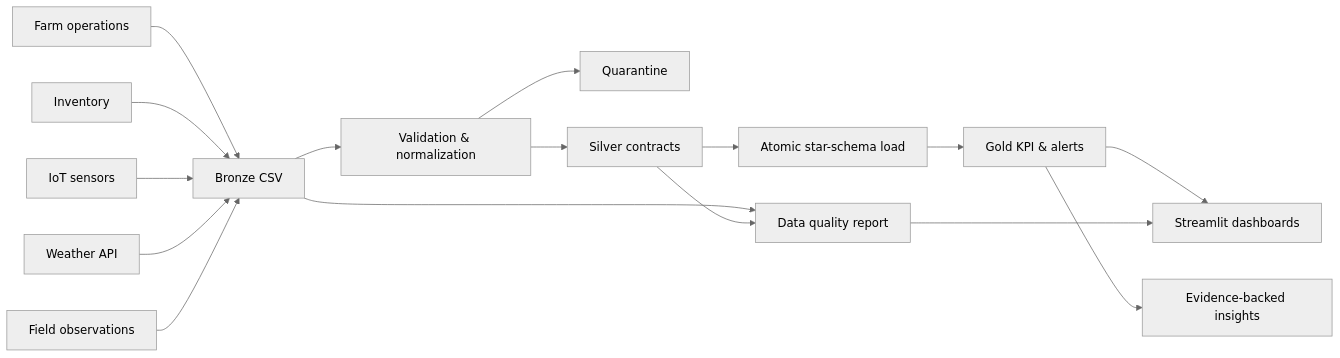
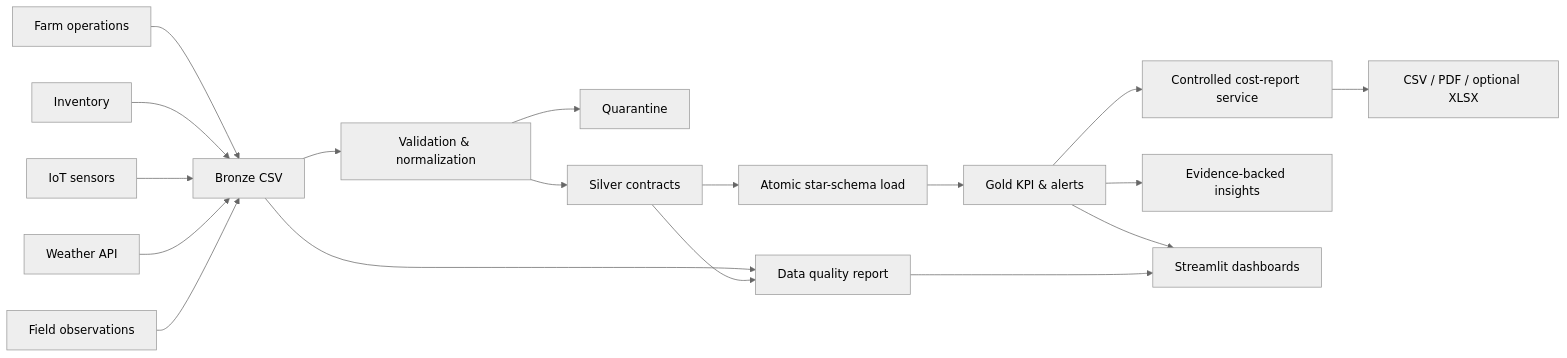
One commit to JasonTM17/AgriInsight changed the diagram in docs/architecture.md. Above: the diagram before and after it, drawn with Mermaid (neutral theme). The commit also changed other lines of this file and 4 other files, not shown here.

````diff
--- a/docs/architecture.md
+++ b/docs/architecture.md
@@ -11,18 +11,20 @@
 ```mermaid
 flowchart LR
     S1["Farm operations"] --> B["Bronze CSV"]
     S2["Inventory"] --> B
     S3["IoT sensors"] --> B
     S4["Weather API"] --> B
     S5["Field observations"] --> B
     B --> V["Validation & normalization"]
     V --> Q["Quarantine"]
     V --> SI["Silver contracts"]
     B --> DQ["Data quality report"]
     SI --> DQ
     SI --> W["Atomic star-schema load"]
     W --> G["Gold KPI & alerts"]
+    G --> R["Controlled cost-report service"]
+    R --> E["CSV / PDF / optional XLSX"]
     G --> I["Evidence-backed insights"]
     G --> UI["Streamlit dashboards"]
     DQ --> UI
 ```
````
